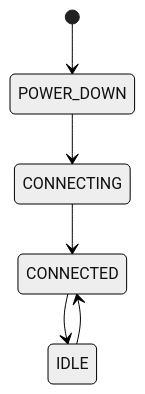
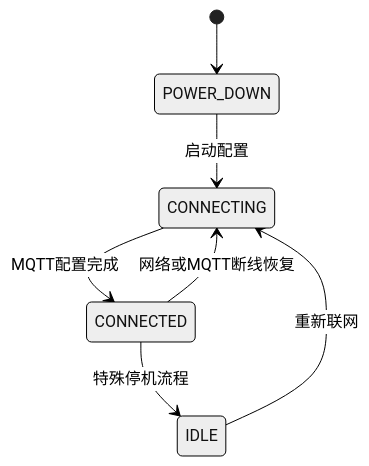
The third of 14 diagrams in docs/CAT1状态机架构与系统调度梳理.md (L12ichang/CAT1_Keil_Project), drawn with Mermaid (neutral theme) before and after one commit. The commit also changed other lines of this file, not shown here.

````diff
--- a/docs/CAT1状态机架构与系统调度梳理.md
+++ b/docs/CAT1状态机架构与系统调度梳理.md
@@ -66,8 +133,9 @@
 ```mermaid
 stateDiagram-v2
-[*] --> POWER_DOWN
-POWER_DOWN --> CONNECTING
-CONNECTING --> CONNECTED
-CONNECTED --> IDLE
-IDLE --> CONNECTED
+    [*] --> POWER_DOWN
+    POWER_DOWN --> CONNECTING: 启动配置
+    CONNECTING --> CONNECTED: MQTT配置完成
+    CONNECTED --> CONNECTING: 网络或MQTT断线恢复
+    CONNECTED --> IDLE: 特殊停机流程
+    IDLE --> CONNECTING: 重新联网
 ```
````
